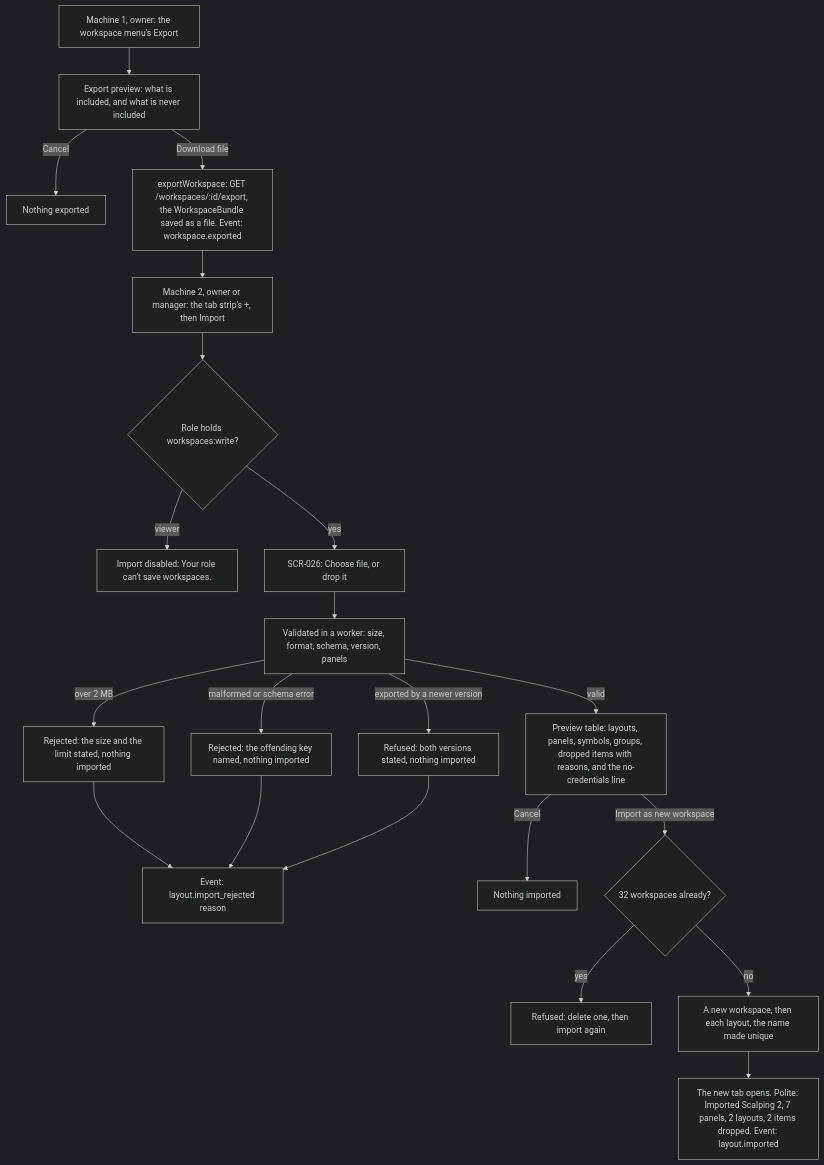
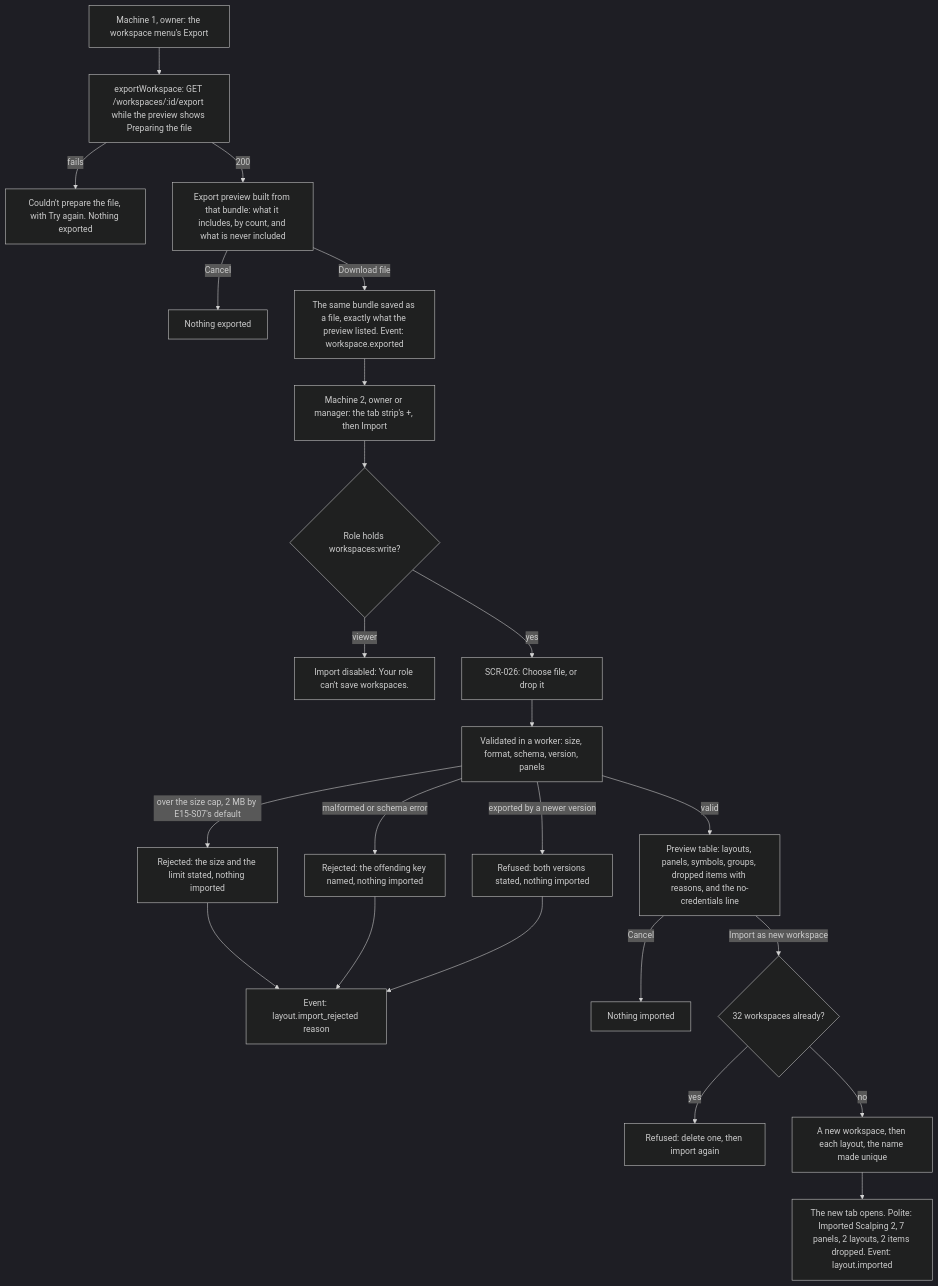
Before and after one commit to CandleViewer/CandleViewer: the sixth of 6 diagrams in docs/design/specs/e15-layout-flows.md, drawn with Mermaid (dark theme). The commit also changed other lines of this file and 5 other files, not shown here.

````diff
--- a/docs/design/specs/e15-layout-flows.md
+++ b/docs/design/specs/e15-layout-flows.md
@@ -132,23 +133,25 @@
 ```mermaid
 flowchart TD
-  A6["Machine 1, owner: the workspace menu's Export"] --> B6["Export preview: what is included, and what is never included"]
-  B6 -->|Cancel| Z6["Nothing exported"]
-  B6 -->|Download file| C6["exportWorkspace: GET /workspaces/:id/export, the WorkspaceBundle saved as a file. Event: workspace.exported"]
-  C6 --> D6["Machine 2, owner or manager: the tab strip's +, then Import"]
+  A6["Machine 1, owner: the workspace menu's Export"] --> B6["exportWorkspace: GET /workspaces/:id/export while the preview shows Preparing the file"]
+  B6 -->|fails| R6["Couldn't prepare the file, with Try again. Nothing exported"]
+  B6 -->|200| C6["Export preview built from that bundle: what it includes, by count, and what is never included"]
+  C6 -->|Cancel| Z6["Nothing exported"]
+  C6 -->|Download file| S6["The same bundle saved as a file, exactly what the preview listed. Event: workspace.exported"]
+  S6 --> D6["Machine 2, owner or manager: the tab strip's +, then Import"]
   D6 --> E6{"Role holds workspaces:write?"}
   E6 -->|viewer| F6["Import disabled: Your role can't save workspaces."]
   E6 -->|yes| G6["SCR-026: Choose file, or drop it"]
   G6 --> H6["Validated in a worker: size, format, schema, version, panels"]
-  H6 -->|over 2 MB| I6["Rejected: the size and the limit stated, nothing imported"]
+  H6 -->|over the size cap, 2 MB by E15-S07's default| I6["Rejected: the size and the limit stated, nothing imported"]
   H6 -->|malformed or schema error| J6["Rejected: the offending key named, nothing imported"]
   H6 -->|exported by a newer version| K6["Refused: both versions stated, nothing imported"]
   I6 --> X6["Event: layout.import_rejected reason"]
   J6 --> X6
   K6 --> X6
   H6 -->|valid| L6["Preview table: layouts, panels, symbols, groups, dropped items with reasons, and the no-credentials line"]
   L6 -->|Cancel| Y6["Nothing imported"]
   L6 -->|Import as new workspace| M6{"32 workspaces already?"}
   M6 -->|yes| N6["Refused: delete one, then import again"]
   M6 -->|no| O6["A new workspace, then each layout, the name made unique"]
   O6 --> P6["The new tab opens. Polite: Imported Scalping 2, 7 panels, 2 layouts, 2 items dropped. Event: layout.imported"]
 ```
````
